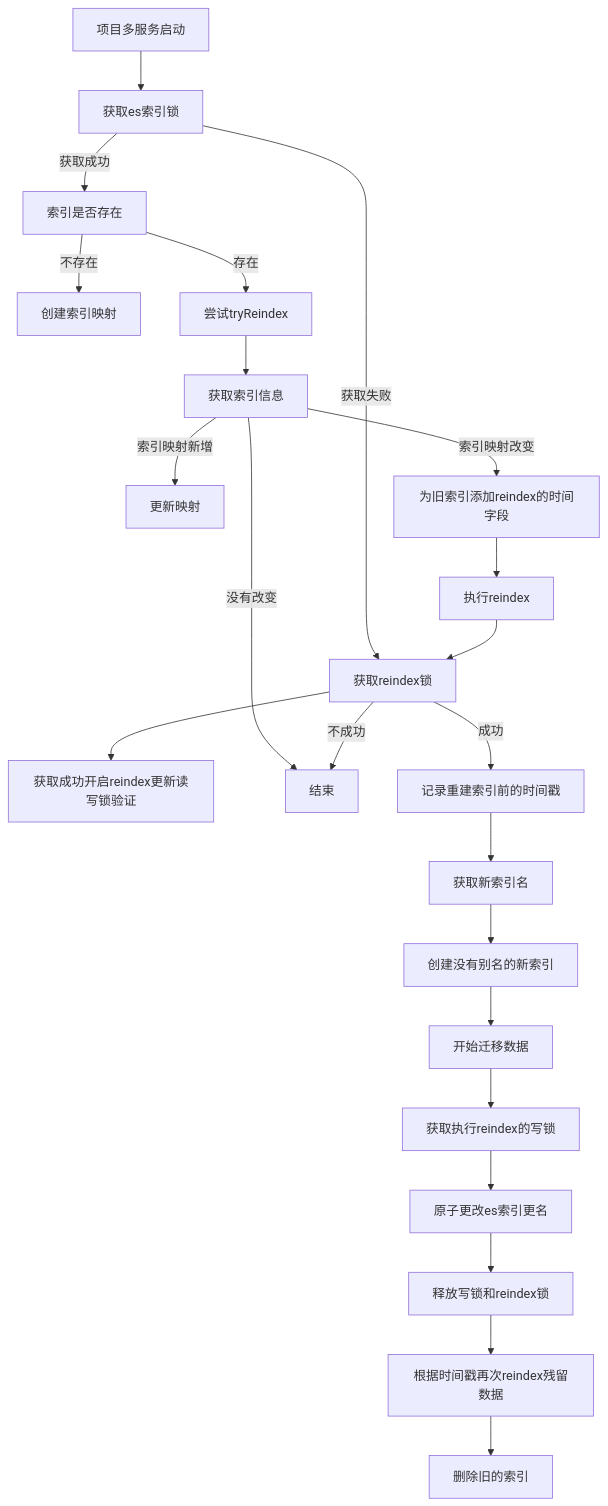
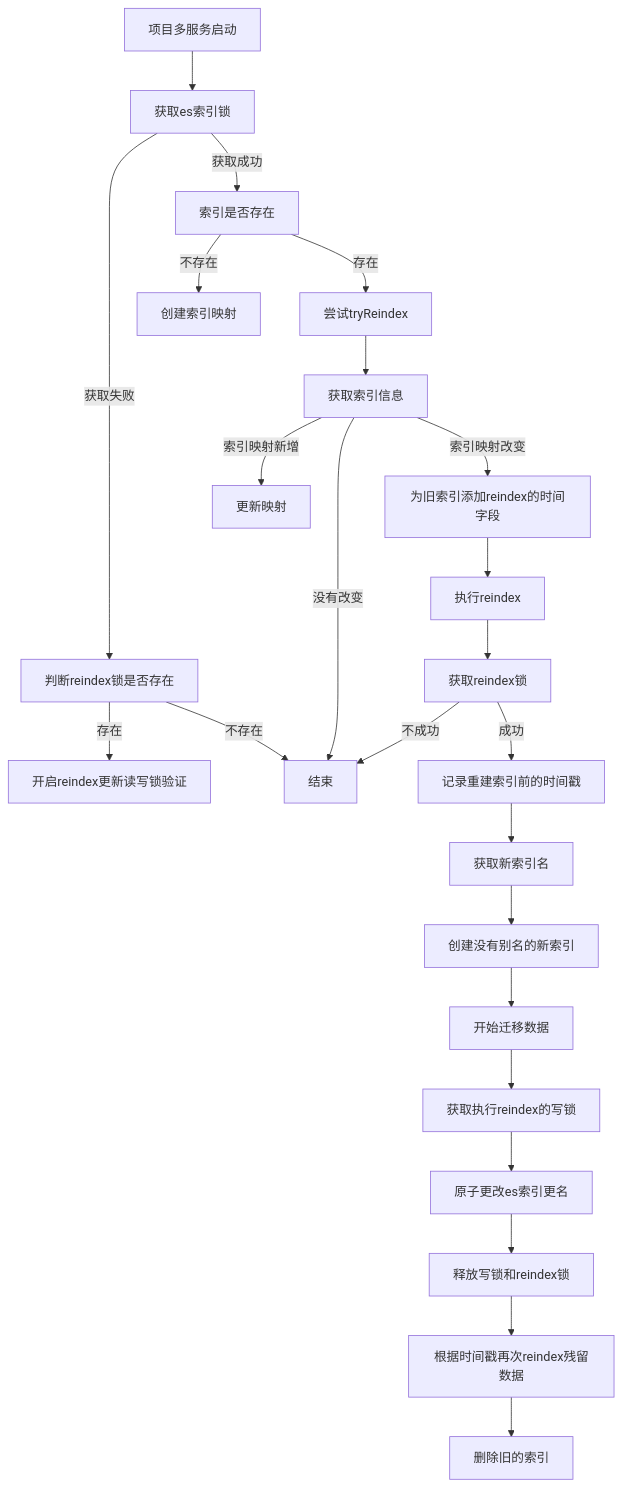
Before and after one commit to zhaohaoh/es-plus: the first of 2 diagrams in reindex流程图.md, drawn with Mermaid. The commit also changed other lines of this file, not shown here.

````diff
--- a/reindex流程图.md
+++ b/reindex流程图.md
@@ -3,13 +3,14 @@
 ```mermaid
 graph TD
-项目多服务启动-->获取es索引锁-->|获取失败| 获取reindex锁--> 获取成功开启reindex更新读写锁验证
+项目多服务启动-->获取es索引锁-->|获取失败| 判断reindex锁是否存在--> |存在| 开启reindex更新读写锁验证
+判断reindex锁是否存在--> |不存在| 结束
 获取es索引锁-->|获取成功| 索引是否存在-->|不存在| 创建索引映射
  索引是否存在-->|存在| 尝试tryReindex-->获取索引信息--> |索引映射新增| 更新映射 
 获取索引信息--> |没有改变| 结束 
 获取索引信息--> |索引映射改变| 为旧索引添加reindex的时间字段--> 执行reindex-->获取reindex锁-->|不成功| 结束
 获取reindex锁-->|成功| 记录重建索引前的时间戳-->获取新索引名-->创建没有别名的新索引-->开始迁移数据
 -->获取执行reindex的写锁-->原子更改es索引更名-->释放写锁和reindex锁
 -->根据时间戳再次reindex残留数据-->删除旧的索引
 
  
 ```
````
